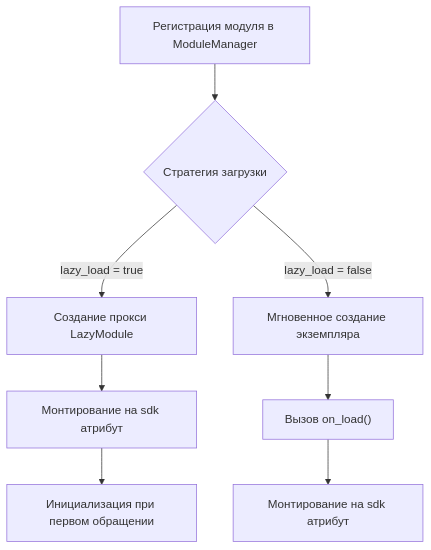
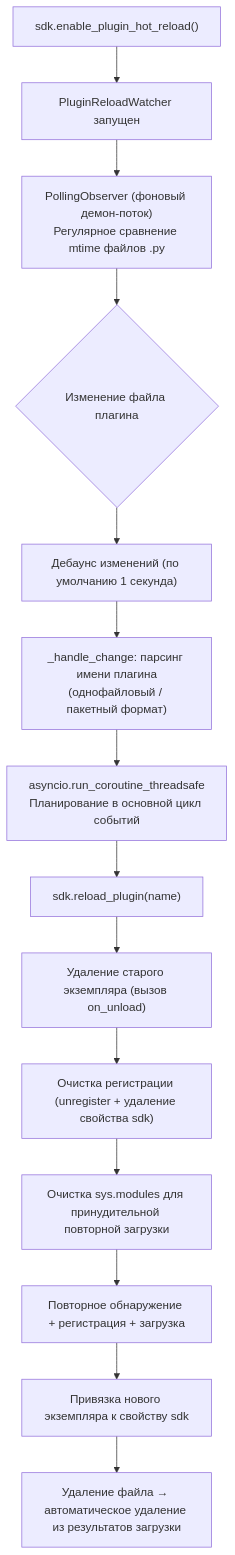
The seventh of 7 diagrams in docs/ru/architecture.md (ErisPulse/ErisPulse), drawn with Mermaid before and after one commit. The commit also changed other lines of this file and 251 other files, not shown here.

````diff
--- a/docs/ru/architecture.md
+++ b/docs/ru/architecture.md
@@ -179,10 +265,16 @@
 ```mermaid
 flowchart TD
-    A["Регистрация модуля в ModuleManager"] --> B{"Стратегия загрузки"}
-    B -->|"lazy_load = true"| C["Создание прокси LazyModule"]
-    C --> D["Монтирование на sdk атрибут"]
-    D --> E["Инициализация при первом обращении"]
-    B -->|"lazy_load = false"| F["Мгновенное создание экземпляра"]
-    F --> G["Вызов on_load()"]
-    G --> D2["Монтирование на sdk атрибут"]
+    A["sdk.enable_plugin_hot_reload()"] --> B["PluginReloadWatcher запущен"]
+    B --> C["PollingObserver (фоновый демон-поток)<br/>Регулярное сравнение mtime файлов .py"]
+    C --> D{"Изменение файла плагина"}
+    D --> E["Дебаунс изменений (по умолчанию 1 секунда)"]
+    E --> F["_handle_change: парсинг имени плагина<br/>(однофайловый / пакетный формат)"]
+    F --> G["asyncio.run_coroutine_threadsafe<br/>Планирование в основной цикл событий"]
+    G --> H["sdk.reload_plugin(name)"]
+    H --> I["Удаление старого экземпляра (вызов on_unload)"]
+    I --> J["Очистка регистрации (unregister + удаление свойства sdk)"]
+    J --> K["Очистка sys.modules для принудительной повторной загрузки"]
+    K --> L["Повторное обнаружение + регистрация + загрузка"]
+    L --> M["Привязка нового экземпляра к свойству sdk"]
+    M --> N["Удаление файла → автоматическое удаление из результатов загрузки"]
 ```
````
